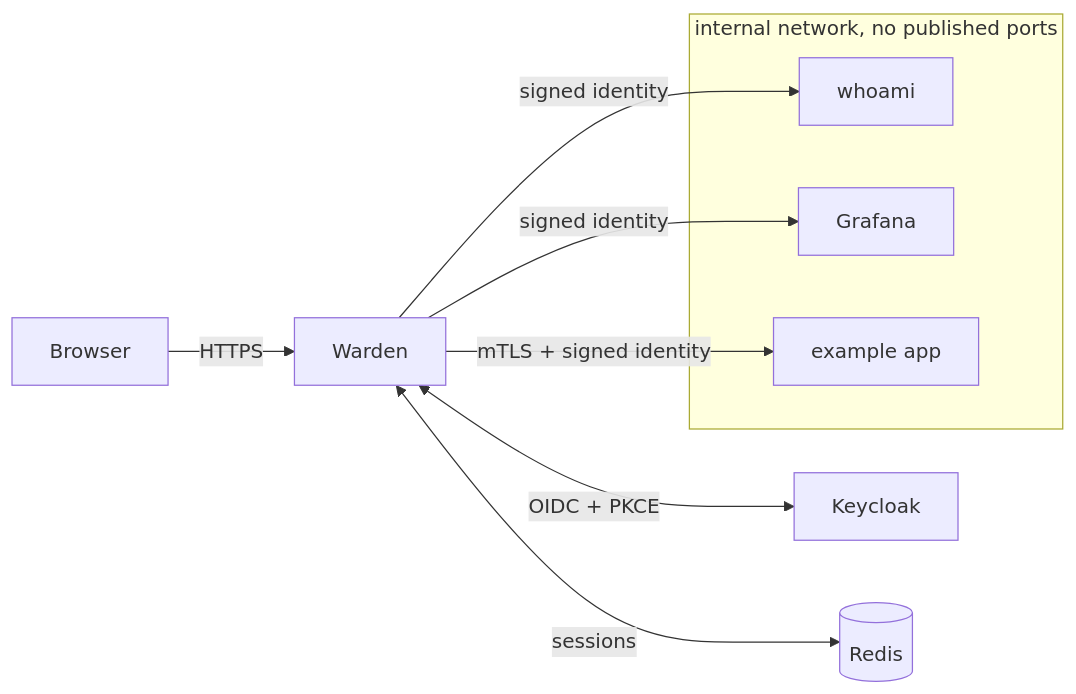
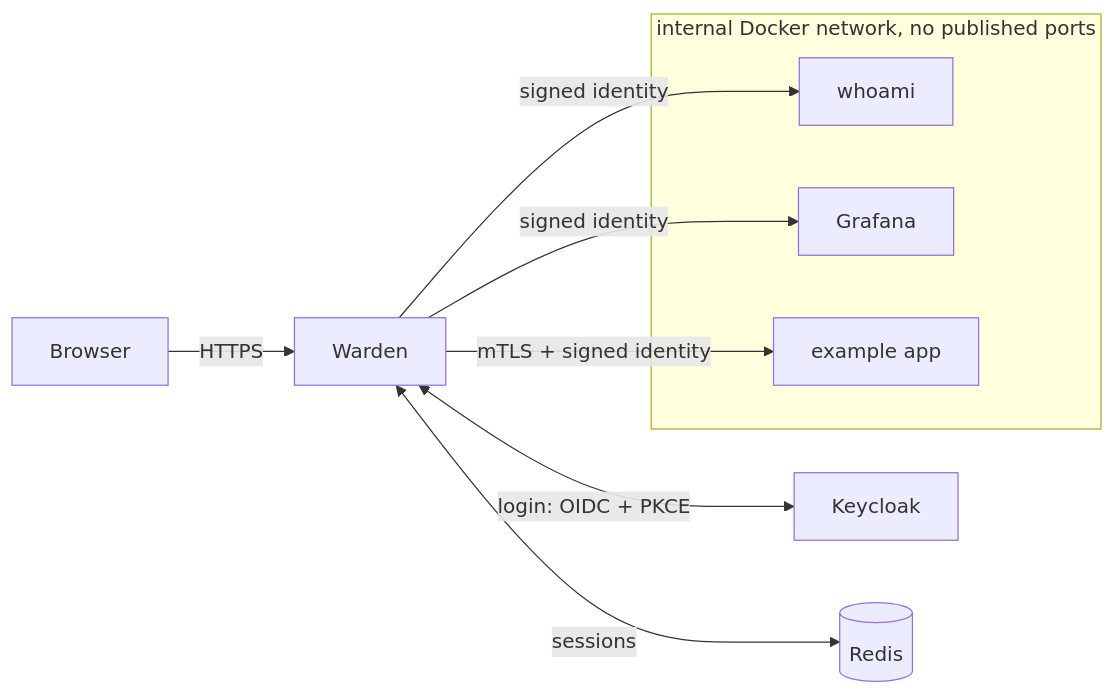
Before and after one commit to hersinabil5/warden: the diagram in README.md, drawn with Mermaid. The commit also changed other lines of this file, not shown here.

````diff
--- a/README.md
+++ b/README.md
@@ -15,14 +25,14 @@
 ```mermaid
 flowchart LR
     B[Browser] -->|HTTPS| W[Warden]
-    W <-->|OIDC + PKCE| K[Keycloak]
+    W <-->|login: OIDC + PKCE| K[Keycloak]
     W <-->|sessions| R[(Redis)]
     W -->|signed identity| A1[whoami]
     W -->|signed identity| A2[Grafana]
     W -->|mTLS + signed identity| A3[example app]
-    subgraph apps["internal network, no published ports"]
+    subgraph apps["internal Docker network, no published ports"]
         A1
         A2
         A3
     end
 ```
````
